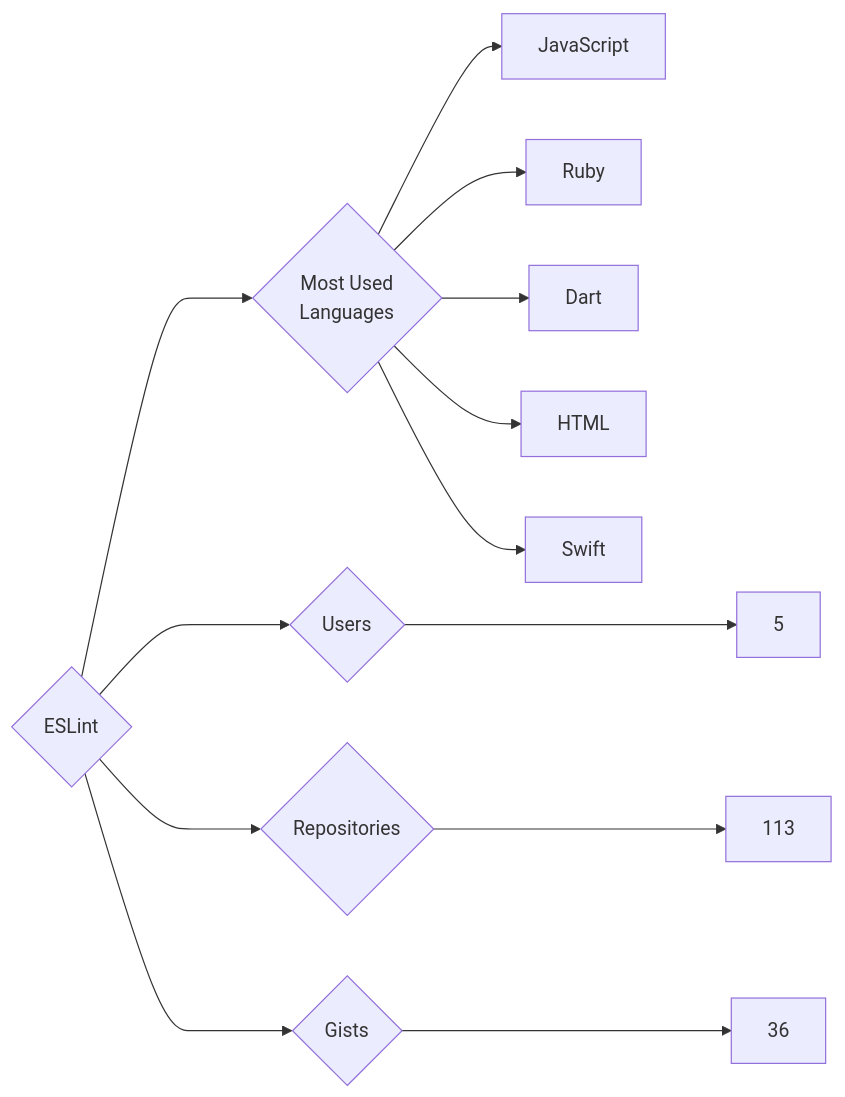
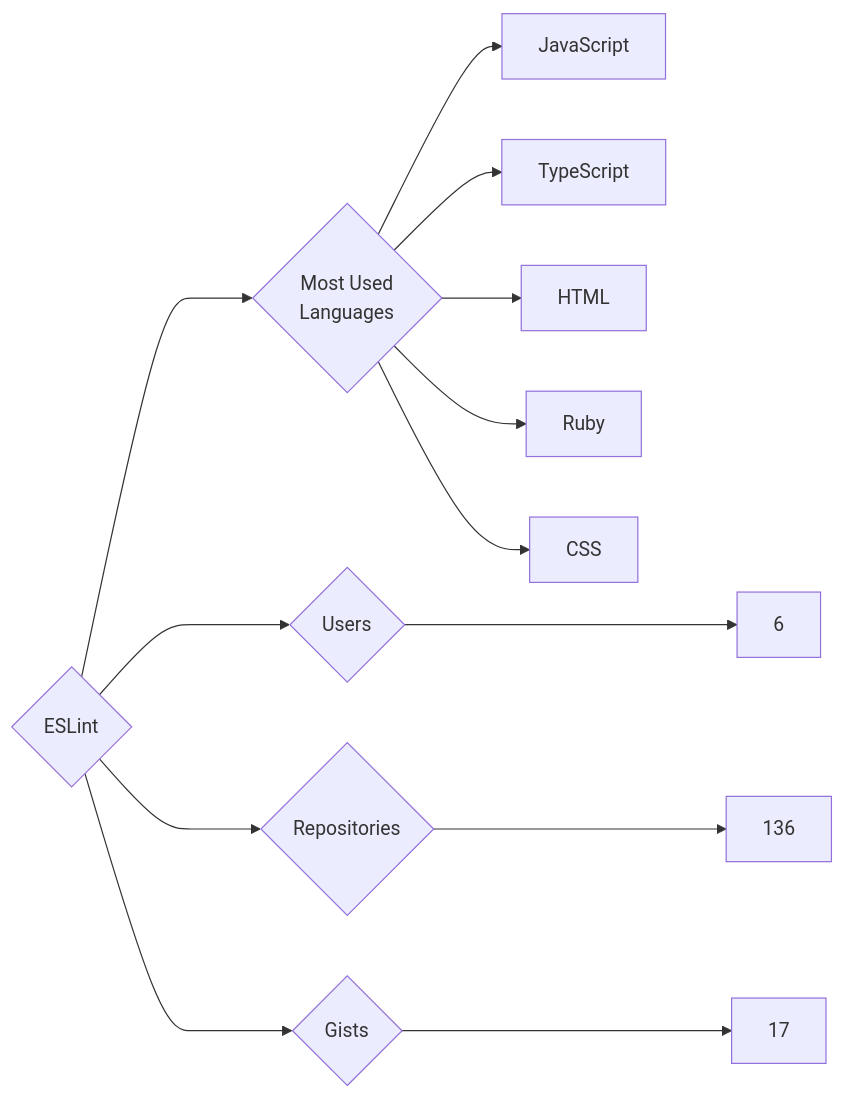
The diagram in targets/ESLint/README.md (trickest/insiders), drawn with Mermaid before and after one commit. The commit also changed 776 other files, not shown here.

````diff
--- a/targets/ESLint/README.md
+++ b/targets/ESLint/README.md
@@ -3,13 +3,13 @@
 ```mermaid
 graph LR
 COMPANY_NAME{ESLint}
-COMPANY_NAME ---> U{Users} ---> UN[5]
-COMPANY_NAME ---> R{Repositories} ---> RN[113]
-COMPANY_NAME ---> G{Gists} ---> GN[36]
+COMPANY_NAME ---> U{Users} ---> UN[6]
+COMPANY_NAME ---> R{Repositories} ---> RN[136]
+COMPANY_NAME ---> G{Gists} ---> GN[17]
 COMPANY_NAME ---> ML{Most Used<br>Languages}
 ML --> JavaScript[JavaScript]
+ML --> TypeScript[TypeScript]
+ML --> HTML[HTML]
 ML --> Ruby[Ruby]
-ML --> Dart[Dart]
-ML --> HTML[HTML]
-ML --> Swift[Swift]
+ML --> CSS[CSS]
 ```
````
